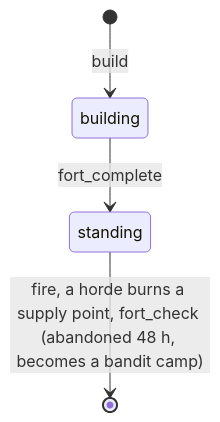
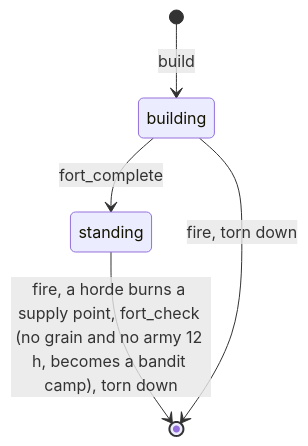
Diagram 13 of 21 in docs/state-machines.md (wesely1996/slavian), drawn with Mermaid before and after one commit. The commit also changed other lines of this file and 94 other files, not shown here.

````diff
--- a/docs/state-machines.md
+++ b/docs/state-machines.md
@@ -236,6 +236,7 @@
 ```mermaid
 stateDiagram-v2
   [*] --> building: build
   building --> standing: fort_complete
-  standing --> [*]: fire, a horde burns a supply point, fort_check (abandoned 48 h, becomes a bandit camp)
+  standing --> [*]: fire, a horde burns a supply point, fort_check (no grain and no army 12 h, becomes a bandit camp), torn down
+  building --> [*]: fire, torn down
 ```
````
